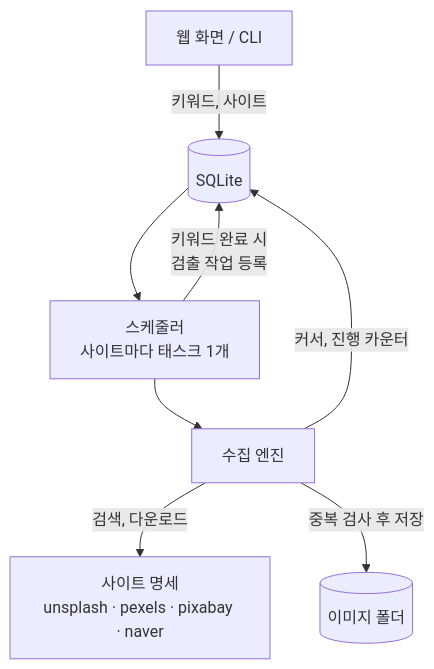
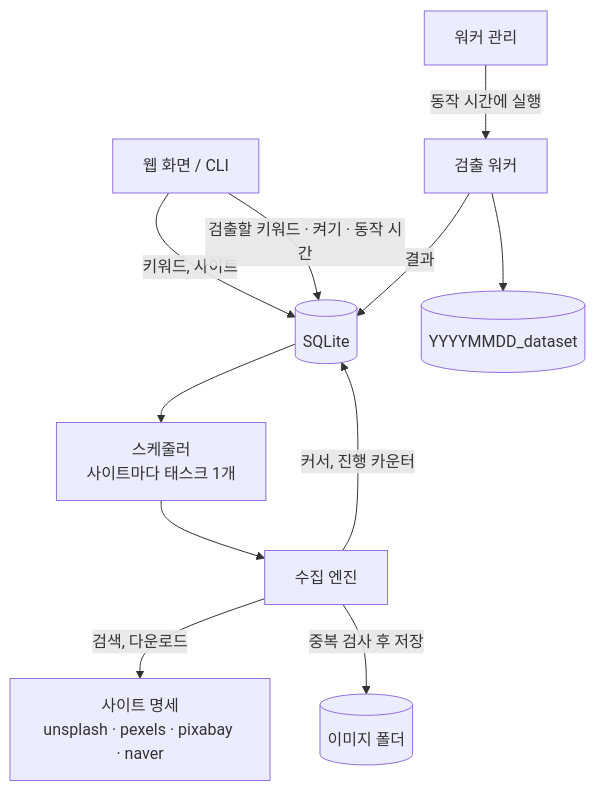
The diagram in README.md (Sookyeong0505/image_collector), drawn with Mermaid before and after one commit. The commit also changed other lines of this file and 19 other files, not shown here.

````diff
--- a/README.md
+++ b/README.md
@@ -235,10 +284,13 @@
 ```mermaid
 flowchart TB
     UI["웹 화면 / CLI"] -->|"키워드, 사이트"| DB[("SQLite")]
     DB --> SCH["스케줄러<br/>사이트마다 태스크 1개"]
     SCH --> ENG["수집 엔진"]
     ENG -->|"검색, 다운로드"| SRC["사이트 명세<br/>unsplash · pexels · pixabay · naver"]
     ENG -->|"중복 검사 후 저장"| FS[("이미지 폴더")]
     ENG -->|"커서, 진행 카운터"| DB
-    SCH -->|"키워드 완료 시<br/>검출 작업 등록"| DB
+    UI -->|"검출할 키워드 · 켜기 · 동작 시간"| DB
+    SUP["워커 관리"] -->|"동작 시간에 실행"| WK["검출 워커"]
+    WK -->|"결과"| DB
+    WK --> OUT[("YYYYMMDD_dataset")]
 ```
````
